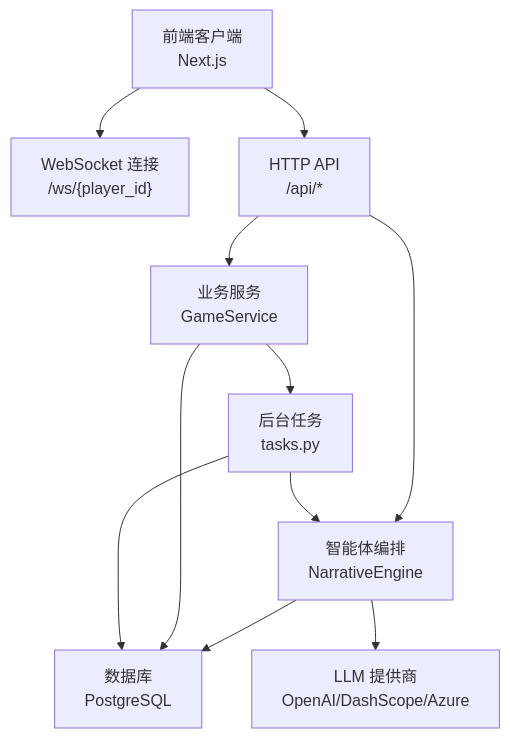
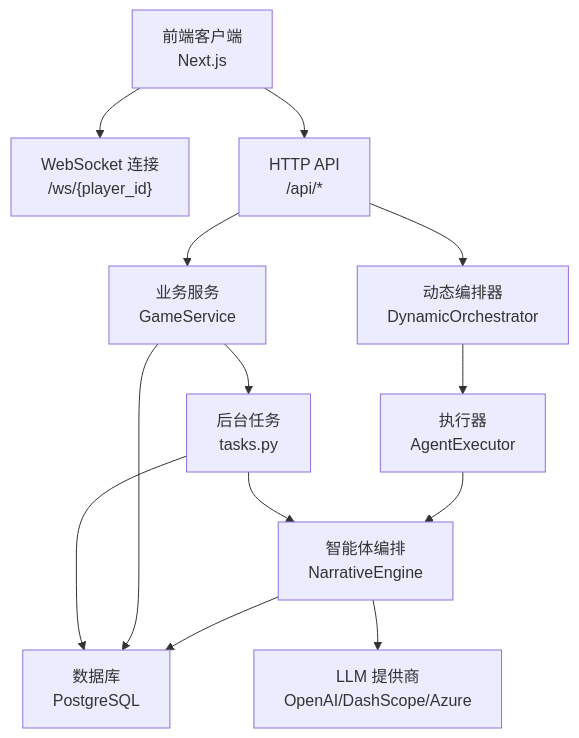
One commit to KunLabAI/KunFlix changed the first of 9 diagrams in .qoder/repowiki/zh/content/多智能体叙事引擎/智能体协作机制.md. Above: the diagram before and after it, drawn with Mermaid. The commit also changed other lines of this file and 25 other files, not shown here.

````diff
--- a/.qoder/repowiki/zh/content/多智能体叙事引擎/智能体协作机制.md
+++ b/.qoder/repowiki/zh/content/多智能体叙事引擎/智能体协作机制.md
@@ -40,13 +54,15 @@
 ```mermaid
 graph TB
 FE["前端客户端<br/>Next.js"] --> WS["WebSocket 连接<br/>/ws/{player_id}"]
 FE --> API["HTTP API<br/>/api/*"]
 API --> SVC["业务服务<br/>GameService"]
-API --> AG["智能体编排<br/>NarrativeEngine"]
+API --> ORCH["动态编排器<br/>DynamicOrchestrator"]
+ORCH --> EXEC["执行器<br/>AgentExecutor"]
+EXEC --> AG["智能体编排<br/>NarrativeEngine"]
 AG --> DB["数据库<br/>PostgreSQL"]
 AG --> LLM["LLM 提供商<br/>OpenAI/DashScope/Azure"]
 SVC --> DB
 SVC --> RTASK["后台任务<br/>tasks.py"]
 RTASK --> AG
 RTASK --> DB
 ```
````
